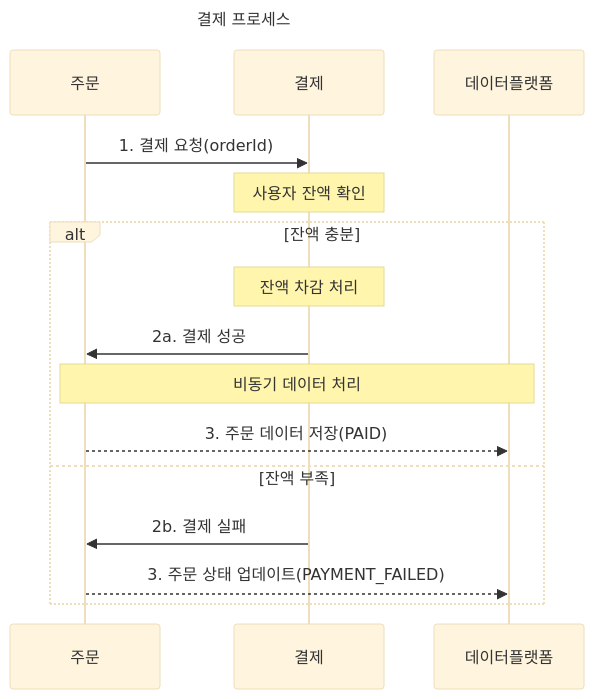
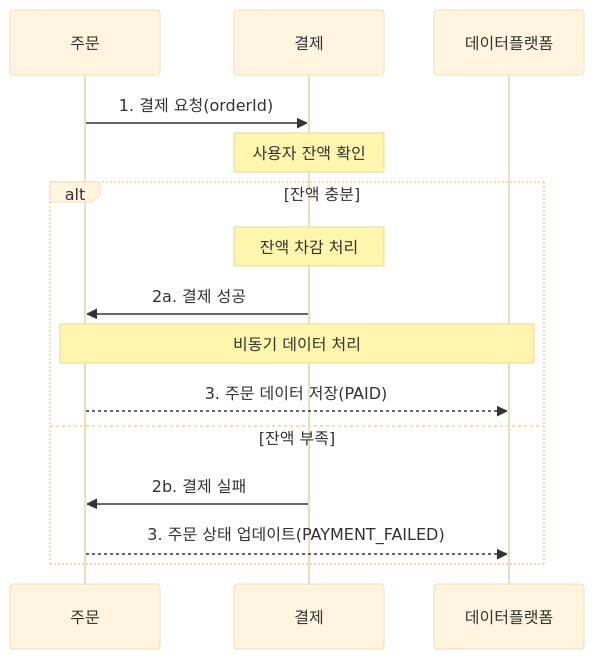
The sixth of 11 diagrams in test.md (ynyejn/lecture-manage-system), drawn with Mermaid (base theme) before and after one commit. The commit also changed other lines of this file, not shown here.

````diff
--- a/test.md
+++ b/test.md
@@ -121,20 +123,19 @@
 ```mermaid
 sequenceDiagram
-    title: 결제 프로세스
     participant OrderSystem as 주문
     participant PaymentSystem as 결제
     participant DataSystem as 데이터플랫폼
     
     OrderSystem->>PaymentSystem: 1. 결제 요청(orderId)
     Note over PaymentSystem: 사용자 잔액 확인
     
     alt 잔액 충분
         Note over PaymentSystem: 잔액 차감 처리
         PaymentSystem->>OrderSystem: 2a. 결제 성공
         Note over OrderSystem,DataSystem: 비동기 데이터 처리
         OrderSystem-->>DataSystem: 3. 주문 데이터 저장(PAID)
     else 잔액 부족
         PaymentSystem->>OrderSystem: 2b. 결제 실패
         OrderSystem-->>DataSystem: 3. 주문 상태 업데이트(PAYMENT_FAILED)
     end
 ```
````
